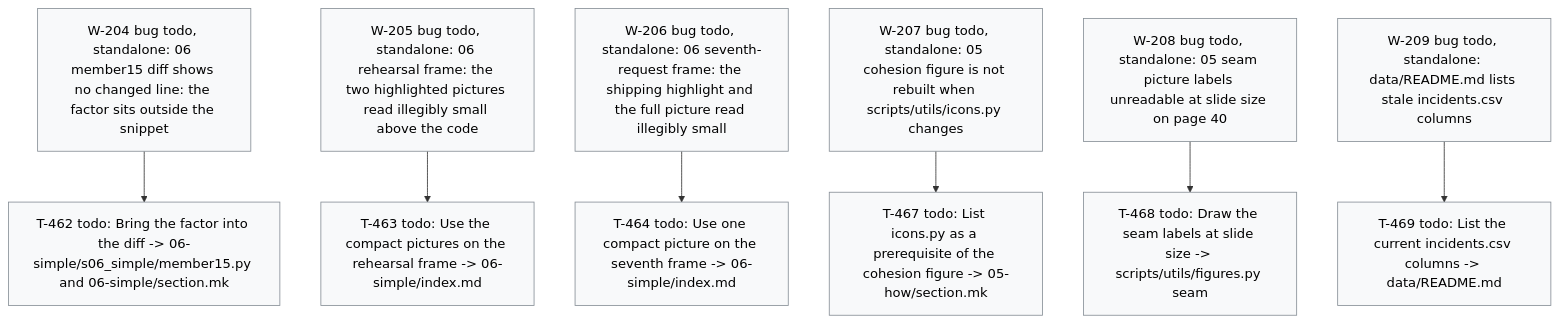
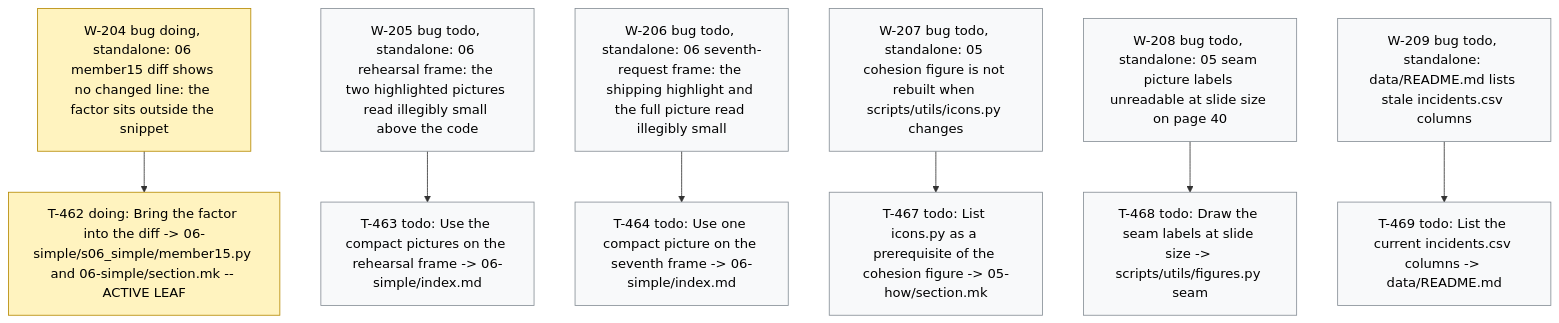
Before and after one commit to dpopchev/chaos-to-simple: the diagram in .board/BOARD.md, drawn with Mermaid. The commit also changed other lines of this file and 2 other files, not shown here.

Commit message:
chore(board): activate W-204, start T-462
Refs: W-204 T-462

````diff
--- a/.board/BOARD.md
+++ b/.board/BOARD.md
@@ -1207,21 +1207,22 @@
 ```mermaid
 flowchart TD
-  W204["W-204 bug todo, standalone: 06 member15 diff shows no changed line: the factor sits outside the snippet"]
-  W204 --> T462["T-462 todo: Bring the factor into the diff -> 06-simple/s06_simple/member15.py and 06-simple/section.mk"]
+  W204["W-204 bug doing, standalone: 06 member15 diff shows no changed line: the factor sits outside the snippet"]
+  W204 --> T462["T-462 doing: Bring the factor into the diff -> 06-simple/s06_simple/member15.py and 06-simple/section.mk -- ACTIVE LEAF"]
   W205["W-205 bug todo, standalone: 06 rehearsal frame: the two highlighted pictures read illegibly small above the code"]
   W205 --> T463["T-463 todo: Use the compact pictures on the rehearsal frame -> 06-simple/index.md"]
   W206["W-206 bug todo, standalone: 06 seventh-request frame: the shipping highlight and the full picture read illegibly small"]
   W206 --> T464["T-464 todo: Use one compact picture on the seventh frame -> 06-simple/index.md"]
   W207["W-207 bug todo, standalone: 05 cohesion figure is not rebuilt when scripts/utils/icons.py changes"]
   W207 --> T467["T-467 todo: List icons.py as a prerequisite of the cohesion figure -> 05-how/section.mk"]
   W208["W-208 bug todo, standalone: 05 seam picture labels unreadable at slide size on page 40"]
   W208 --> T468["T-468 todo: Draw the seam labels at slide size -> scripts/utils/figures.py seam"]
   W209["W-209 bug todo, standalone: data/README.md lists stale incidents.csv columns"]
   W209 --> T469["T-469 todo: List the current incidents.csv columns -> data/README.md"]
   classDef doing fill:#fff3bf,stroke:#b58900,color:#000;
   classDef blocked fill:#ffe3e3,stroke:#c92a2a,color:#000;
   classDef done fill:#e6ffed,stroke:#2b8a3e,color:#000;
   classDef todo fill:#f8f9fa,stroke:#868e96,color:#000;
   classDef pruned fill:#f1f3f5,stroke:#adb5bd,color:#000;
-  class W204,T462,W205,T463,W206,T464,W207,T467,W208,T468,W209,T469 todo
+  class W204,T462 doing
+  class W205,T463,W206,T464,W207,T467,W208,T468,W209,T469 todo
 ```
````
